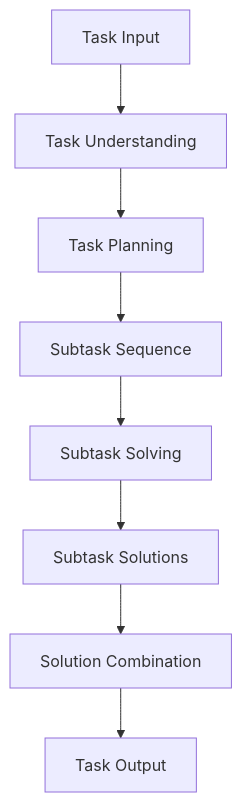
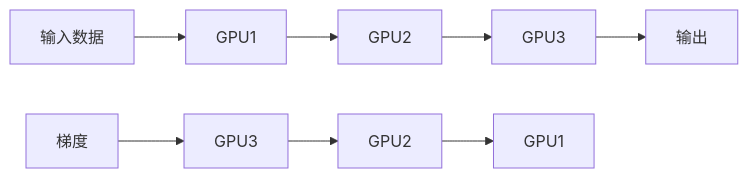
One commit to LLMAppArchitect/m3mlx changed the second of 7 diagrams in example_blog3.md. Above: the diagram before and after it, drawn with Mermaid. The commit also changed other lines of this file, not shown here.

````diff
--- a/example_blog3.md
+++ b/example_blog3.md
@@ -64,10 +95,10 @@
 ```mermaid
-graph TD
-    A[Task Input] --> B[Task Understanding]
-    B --> C[Task Planning]
-    C --> D[Subtask Sequence]
-    D --> E[Subtask Solving]
-    E --> F[Subtask Solutions]
-    F --> G[Solution Combination]
-    G --> H[Task Output]
+graph LR
+    A[输入数据] --> B[GPU1]
+    B --> C[GPU2]
+    C --> D[GPU3]
+    D --> E[输出]
+    F[梯度] --> G[GPU3]
+    G --> H[GPU2] 
+    H --> I[GPU1]
 ```
````
